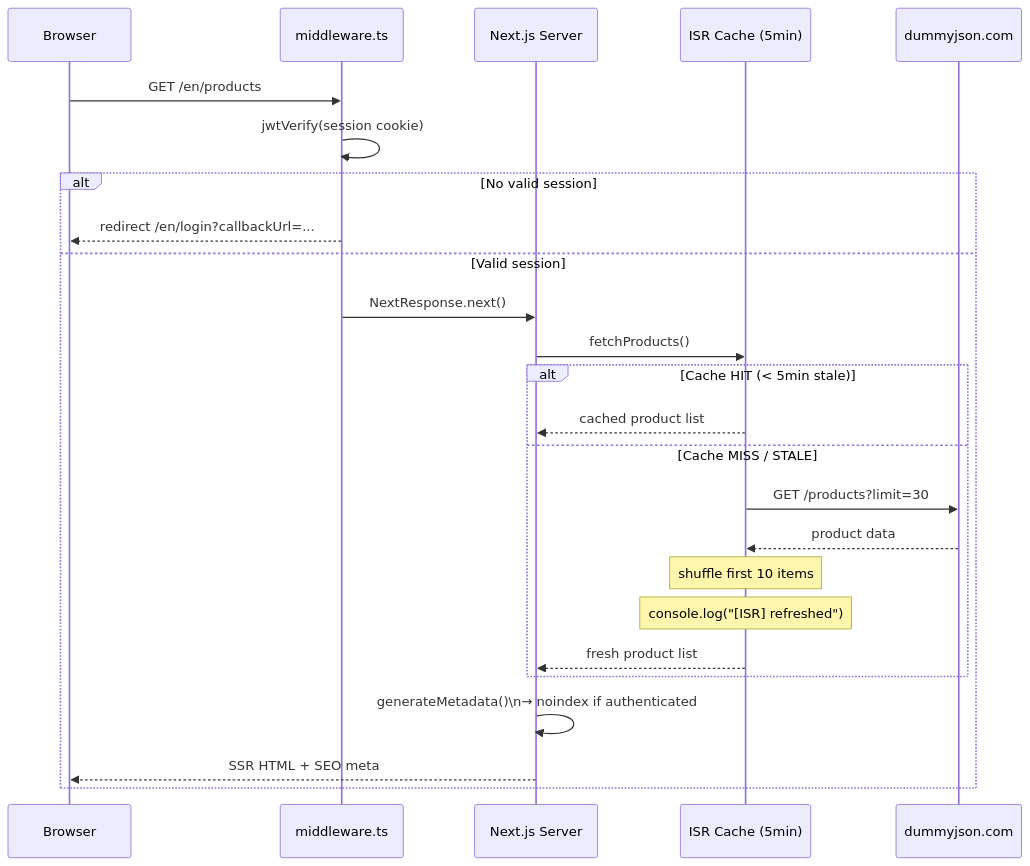
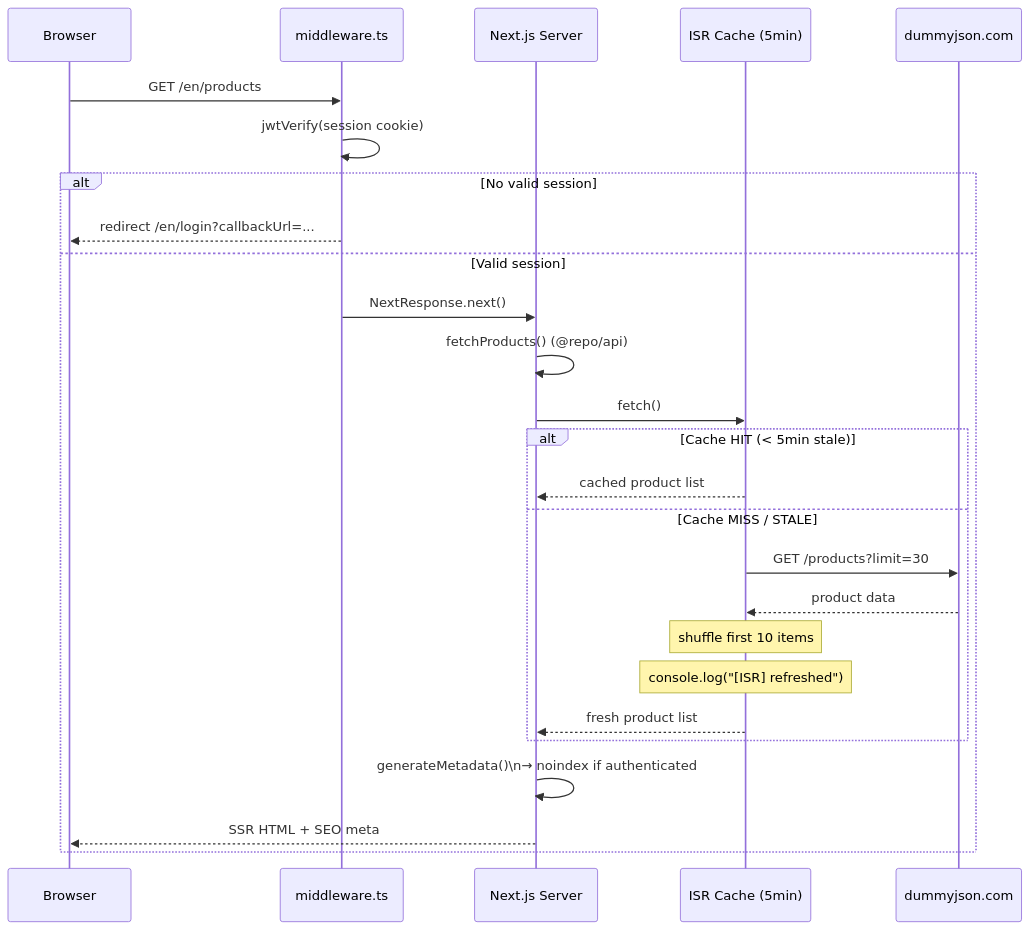
One commit to javifond/rhino-market-place-home-task changed the second of 5 diagrams in ARCHITECTURE.md. Above: the diagram before and after it, drawn with Mermaid. The commit also changed other lines of this file, not shown here.

Commit message:
docs: update architecture documentation to include @repo/api package

````diff
--- a/ARCHITECTURE.md
+++ b/ARCHITECTURE.md
@@ -115,28 +118,29 @@
 ```mermaid
 sequenceDiagram
     participant Browser
     participant Middleware as middleware.ts
     participant Server as Next.js Server
     participant ISR as ISR Cache (5min)
     participant API as dummyjson.com
 
     Browser->>Middleware: GET /en/products
     Middleware->>Middleware: jwtVerify(session cookie)
     alt No valid session
         Middleware-->>Browser: redirect /en/login?callbackUrl=...
     else Valid session
         Middleware->>Server: NextResponse.next()
-        Server->>ISR: fetchProducts()
+        Server->>Server: fetchProducts() (@repo/api)
+        Server->>ISR: fetch()
         alt Cache HIT (< 5min stale)
             ISR-->>Server: cached product list
         else Cache MISS / STALE
             ISR->>API: GET /products?limit=30
             API-->>ISR: product data
             Note over ISR: shuffle first 10 items
             Note over ISR: console.log("[ISR] refreshed")
             ISR-->>Server: fresh product list
         end
         Server->>Server: generateMetadata()\n→ noindex if authenticated
         Server-->>Browser: SSR HTML + SEO meta
     end
 ```
````
